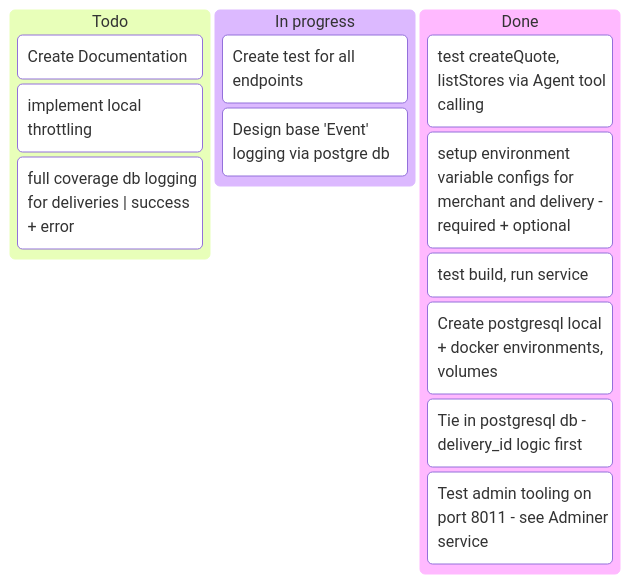
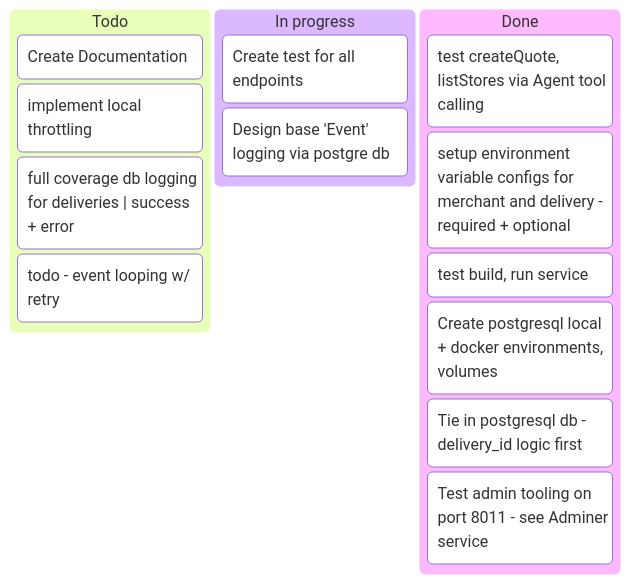
Before and after one commit to entitycs/doordash-driver-fastapi: the diagram in README.md, drawn with Mermaid. The commit also changed 15 other files, not shown here.

````diff
--- a/README.md
+++ b/README.md
@@ -39,22 +39,23 @@
 ```mermaid
 ---
 config:
   kanban:
     ticketBaseUrl: 'https://mermaidchart.atlassian.net/browse/#TICKET#'
 ---
 kanban
   Todo
     [Create Documentation]
     id7[implement local throttling]
     id12[full coverage db logging for deliveries | success + error]
+    id13[todo - event looping w/ retry]
   [In progress]
     id6[Create test for all endpoints]
     id11[Design base 'Event' logging via postgre db]
   id11[Done]
     id5[test createQuote, listStores via Agent tool calling]
     id2[setup environment variable configs for merchant and delivery - required + optional]
     id3[test build, run service]
     id9[Create postgresql local + docker environments, volumes]
     id8[Tie in postgresql db - delivery_id logic first]
     id10[Test admin tooling on port 8011 - see Adminer service]
 ```
````
